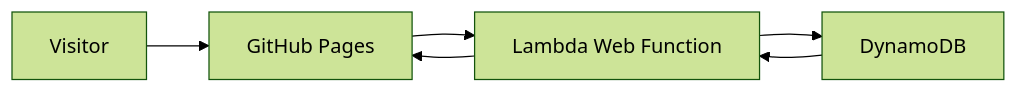
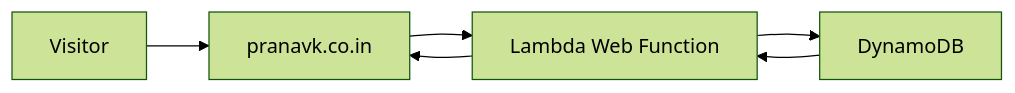
The fifth of 10 diagrams in infrastructure/aws-resource-inventory.md (santhoshpranavk/AWS-Serverless-Student-Portfolio), drawn with Mermaid (forest theme) before and after one commit. The commit also changed other lines of this file, not shown here.

````diff
--- a/infrastructure/aws-resource-inventory.md
+++ b/infrastructure/aws-resource-inventory.md
@@ -1684,8 +2302,8 @@
 ```mermaid
 flowchart LR
-    U[Visitor] --> G[GitHub Pages]
+    U[Visitor] --> G[pranavk.co.in]
     G --> L[Lambda Web Function]
     L --> D[DynamoDB]
     D --> L
     L --> G
 ```
````
